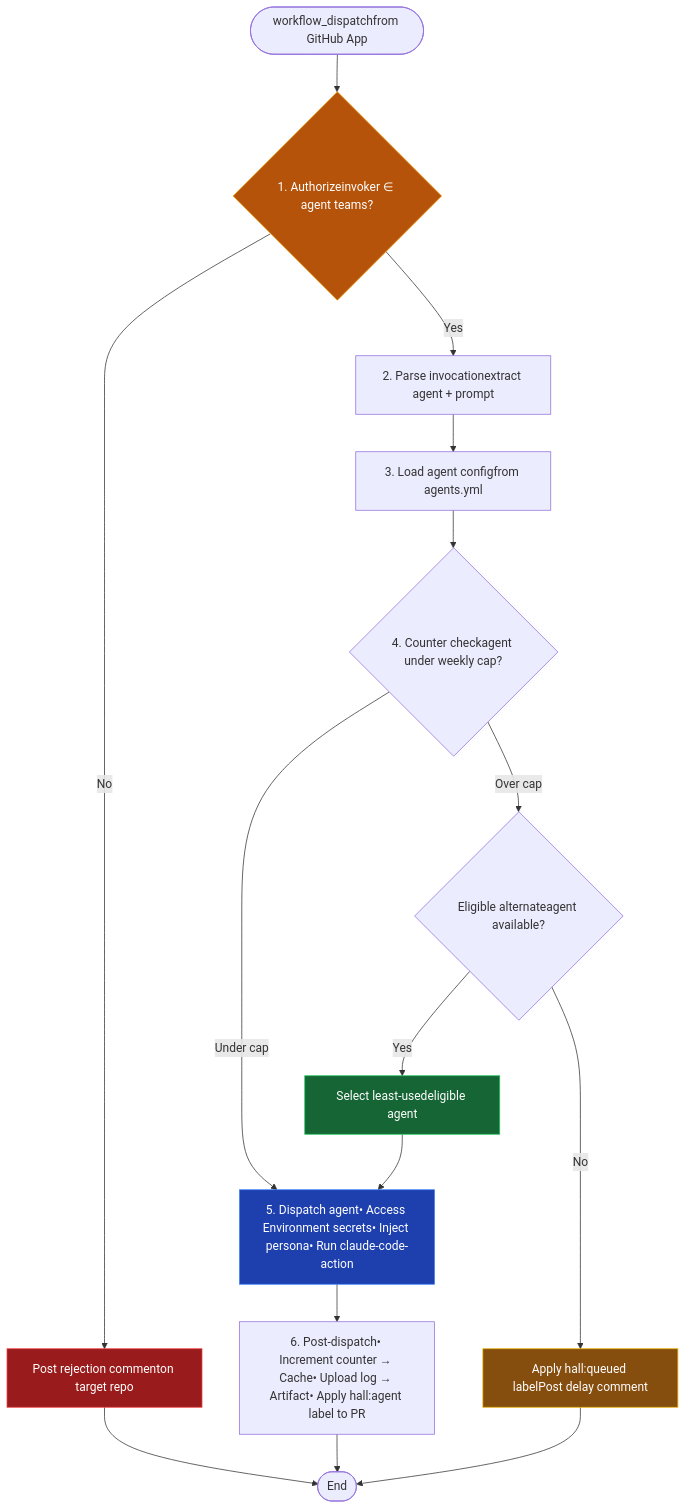
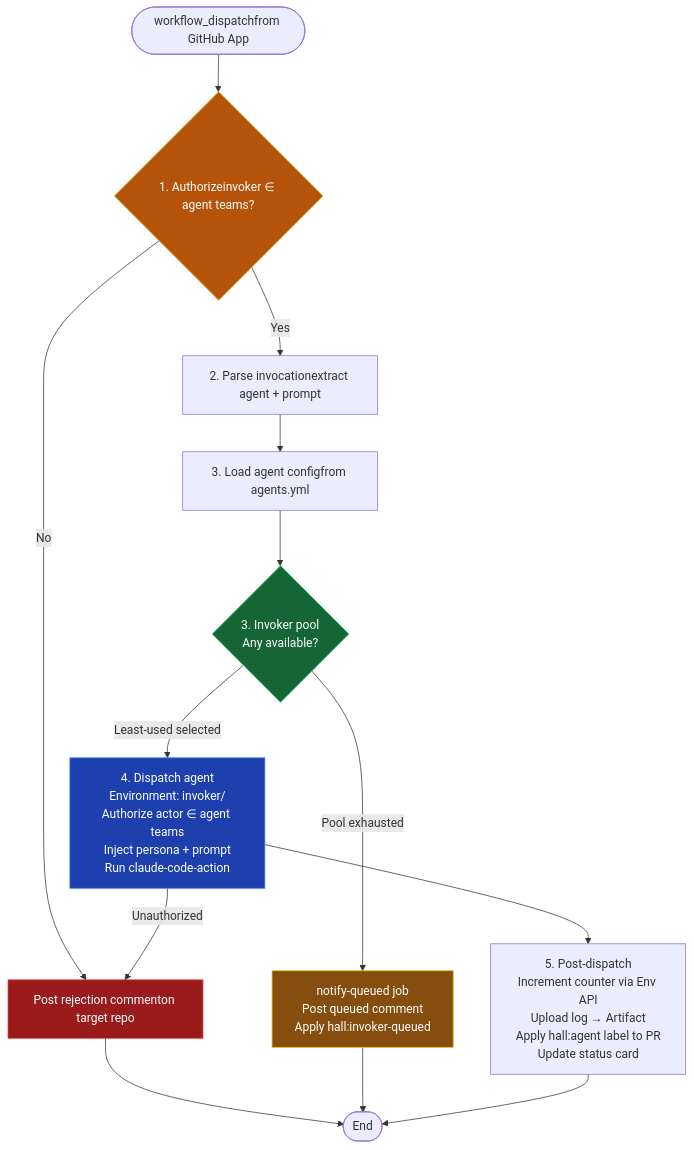
One commit to MockaSort-Studio/hall-of-automata changed the third of 6 diagrams in codex/design_document.md. Above: the diagram before and after it, drawn with Mermaid. The commit also changed other lines of this file and 8 other files, not shown here.

First line of the commit message:
fix(onboarding): remove hall/old-major — Old Major uses invoker pool

````diff
--- a/codex/design_document.md
+++ b/codex/design_document.md
@@ -320,28 +320,25 @@
 ```mermaid
 flowchart TD
     START(["workflow_dispatchfrom GitHub App"]) --> AUTH
 
     AUTH{"1. Authorizeinvoker ∈ agent teams?"}
     AUTH -->|No| REJECT["Post rejection commenton target repo"]
     REJECT --> STOP(["End"])
 
     AUTH -->|Yes| PARSE["2. Parse invocationextract agent + prompt"]
     PARSE --> LOAD["3. Load agent configfrom agents.yml"]
-    LOAD --> COUNTER{"4. Counter checkagent under weekly cap?"}
+    LOAD --> POOL{"3. Invoker pool<br/>Any available?"}
+    POOL -->|"Pool exhausted"| QUEUE["notify-queued job<br/>Post queued comment<br/>Apply hall:invoker-queued"] --> STOP
 
-    COUNTER -->|Under cap| DISPATCH
-    COUNTER -->|Over cap| REROUTE{"Eligible alternateagent available?"}
-    REROUTE -->|Yes| SWAP["Select least-usedeligible agent"] --> DISPATCH
-    REROUTE -->|No| QUEUE["Apply hall:queued labelPost delay comment"] --> STOP
+    POOL -->|"Least-used selected"| DISPATCH["4. Dispatch agent<br/>Environment: invoker/<handle><br/>Authorize actor ∈ agent teams<br/>Inject persona + prompt<br/>Run claude-code-action"]
+    DISPATCH -->|Unauthorized| REJECT
 
-    DISPATCH["5. Dispatch agent• Access Environment secrets• Inject persona• Run claude-code-action"]
-
-    DISPATCH --> POST["6. Post-dispatch• Increment counter → Cache• Upload log → Artifact• Apply hall:agent label to PR"]
+    DISPATCH --> POST["5. Post-dispatch<br/>Increment counter via Env API<br/>Upload log → Artifact<br/>Apply hall:agent label to PR<br/>Update status card"]
     POST --> STOP
 
     style AUTH fill:#b45309,stroke:#f59e0b,color:#fff
     style DISPATCH fill:#1e40af,stroke:#3b82f6,color:#fff
     style REJECT fill:#991b1b,stroke:#ef4444,color:#fff
     style QUEUE fill:#854d0e,stroke:#eab308,color:#fff
-    style SWAP fill:#166534,stroke:#22c55e,color:#fff
+    style POOL fill:#166534,stroke:#22c55e,color:#fff
 ```
````
